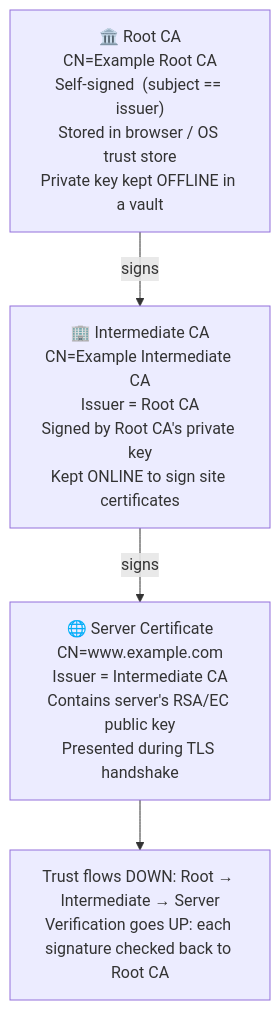
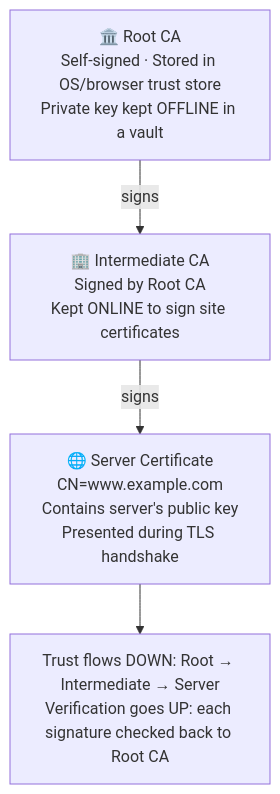
The first of 6 diagrams in src/main/java/security/pki/README.md (csoares/SecurityJava), drawn with Mermaid before and after one commit. The commit also changed other lines of this file and 10 other files, not shown here.

Commit message:
Refine README diagrams and descriptions for clarity and accuracy

````diff
--- a/src/main/java/security/pki/README.md
+++ b/src/main/java/security/pki/README.md
@@ -16,10 +16,10 @@
 ```mermaid
 flowchart TD
-    ROOT["🏛️ Root CA<br/>CN=Example Root CA<br/>Self-signed  (subject == issuer)<br/>Stored in browser / OS trust store<br/>Private key kept OFFLINE in a vault"]
-    INT["🏢 Intermediate CA<br/>CN=Example Intermediate CA<br/>Issuer = Root CA<br/>Signed by Root CA's private key<br/>Kept ONLINE to sign site certificates"]
-    SERVER["🌐 Server Certificate<br/>CN=www.example.com<br/>Issuer = Intermediate CA<br/>Contains server's RSA/EC public key<br/>Presented during TLS handshake"]
+    ROOT["🏛️ Root CA<br/>Self-signed · Stored in OS/browser trust store<br/>Private key kept OFFLINE in a vault"]
+    INT["🏢 Intermediate CA<br/>Signed by Root CA<br/>Kept ONLINE to sign site certificates"]
+    SERVER["🌐 Server Certificate<br/>CN=www.example.com<br/>Contains server's public key<br/>Presented during TLS handshake"]
 
     ROOT -->|"signs"| INT
     INT  -->|"signs"| SERVER
     SERVER --> NOTE["Trust flows DOWN: Root → Intermediate → Server<br/>Verification goes UP: each signature checked back to Root CA"]
 ```
````
